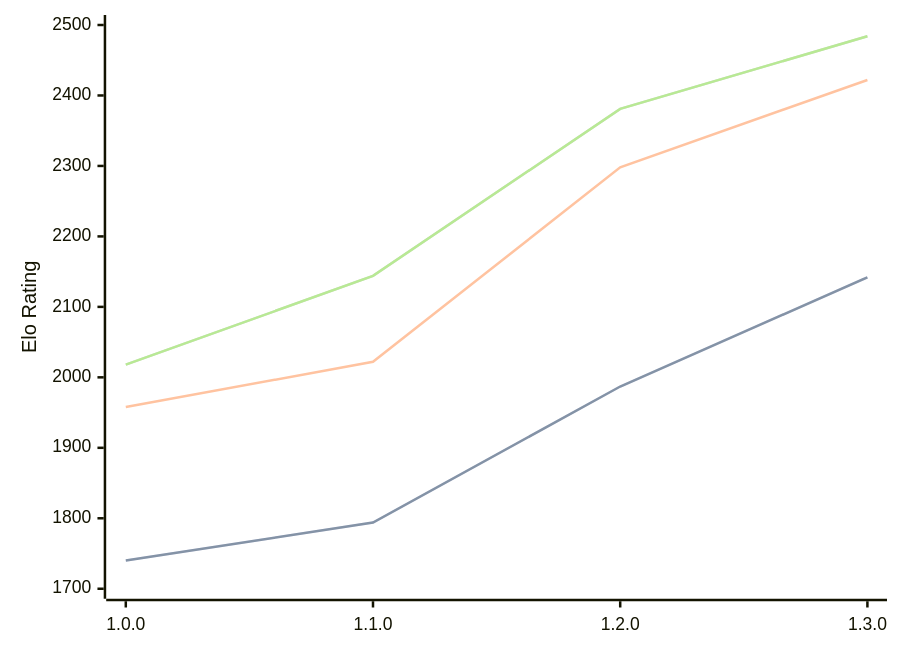
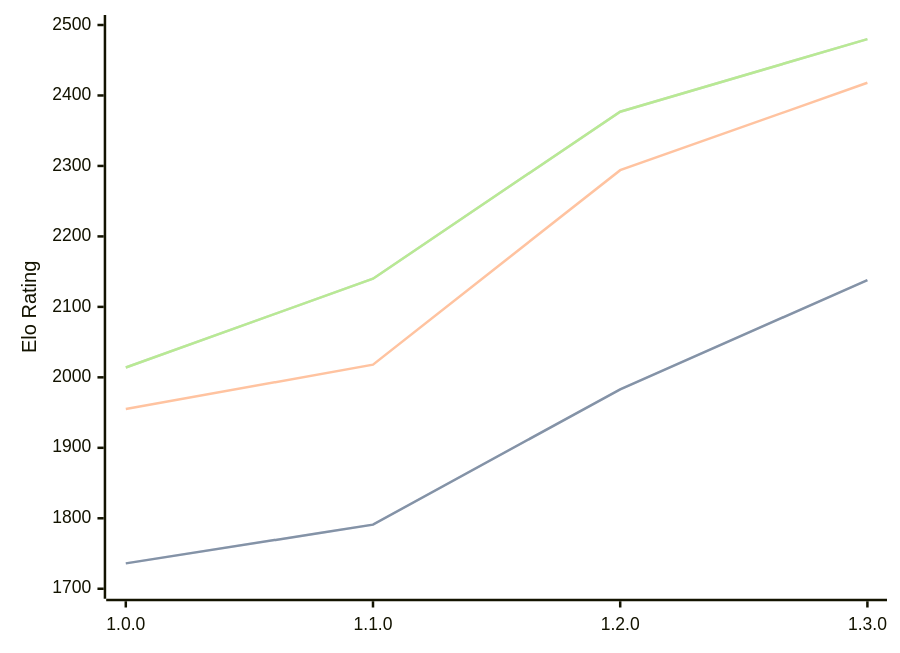
The first of 3 diagrams in engines/Anodos.md (computer-chess-index/cci), drawn with Mermaid before and after one commit. The commit also changed other lines of this file, not shown here.

Commit message:
Update CCI Ratings (ELO VLTC) - 2026-07-16

````diff
--- a/engines/Anodos.md
+++ b/engines/Anodos.md
@@ -45,11 +45,11 @@
 ```mermaid
 %%{init: {"theme":"base","themeVariables":{"seriesColors:['#a3a3a3','#222221','#faa371']}}}%%
 xychart-beta
   x-axis ["1.0.0", "1.1.0", "1.2.0", "1.3.0"]
   y-axis "Elo Rating" 1700 --> 2500
-  line "STC (8.0+0.08s)" [1740, 1794, 1987, 2142]
-  line "STC (8.0+0.08s)" [1740, 1794, 1987, 2142]
-  line "LTC (60.0+0.60s)" [1958, 2022, 2298, 2422]
-  line "VLTC (2m24s+1.12s)" [2018, 2144, 2381, 2484]
-  line "VLTC (2m24s+1.12s)" [2018, 2144, 2381, 2484]
+  line "STC (8.0+0.08s)" [1736, 1791, 1983, 2138]
+  line "STC (8.0+0.08s)" [1736, 1791, 1983, 2138]
+  line "LTC (60.0+0.60s)" [1955, 2018, 2294, 2418]
+  line "VLTC (2m24s+1.12s)" [2014, 2140, 2377, 2480]
+  line "VLTC (2m24s+1.12s)" [2014, 2140, 2377, 2480]
 ```
````
